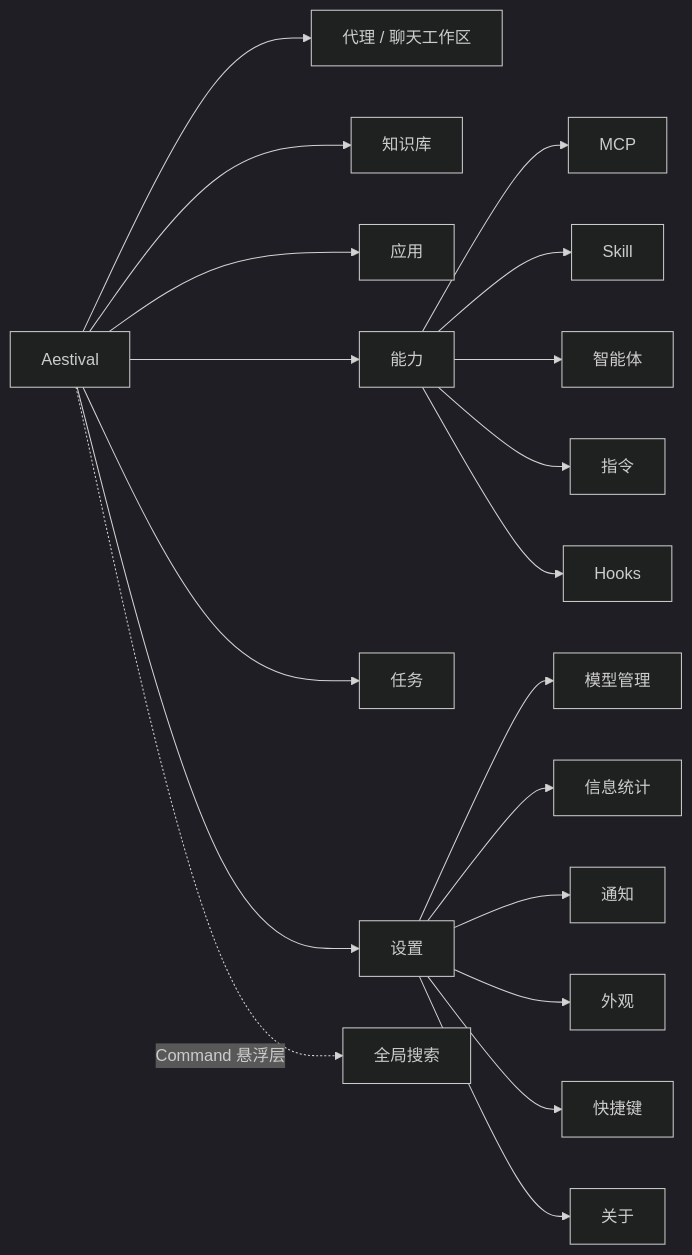
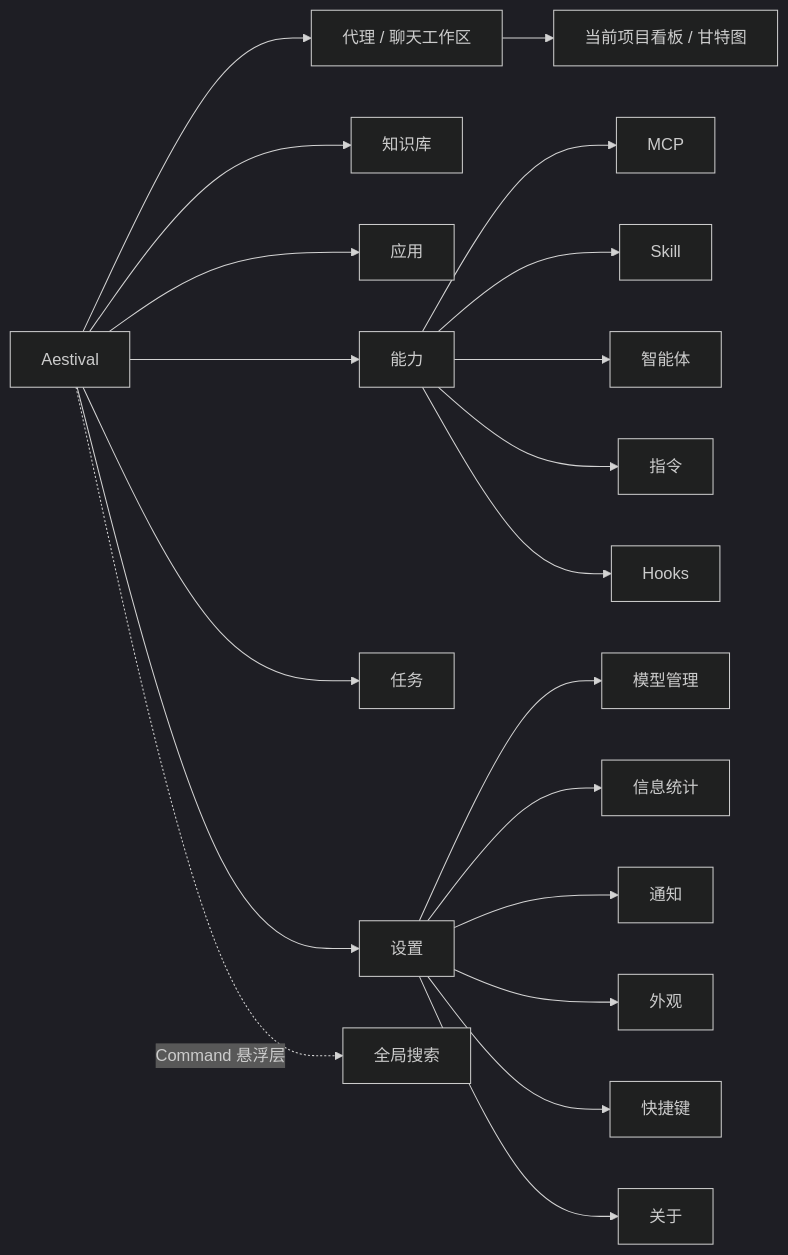
The first of 3 diagrams in docs/设计方案/02-信息架构与导航.md (coolerks/aestival), drawn with Mermaid (dark theme) before and after one commit. The commit also changed other lines of this file and 35 other files, not shown here.

````diff
--- a/docs/设计方案/02-信息架构与导航.md
+++ b/docs/设计方案/02-信息架构与导航.md
@@ -5,23 +5,24 @@
 ```mermaid
 flowchart LR
   A["Aestival"] --> W["代理 / 聊天工作区"]
   A --> K["知识库"]
   A --> P["应用"]
   A --> C["能力"]
   A --> T["任务"]
   A --> S["设置"]
+  W --> B["当前项目看板 / 甘特图"]
   A -. "Command 悬浮层" .-> Q["全局搜索"]
 
   C --> C1["MCP"]
   C --> C2["Skill"]
   C --> C3["智能体"]
   C --> C4["指令"]
   C --> C5["Hooks"]
 
   S --> S1["模型管理"]
   S --> S2["信息统计"]
   S --> S3["通知"]
   S --> S4["外观"]
   S --> S5["快捷键"]
   S --> S6["关于"]
 ```
````
